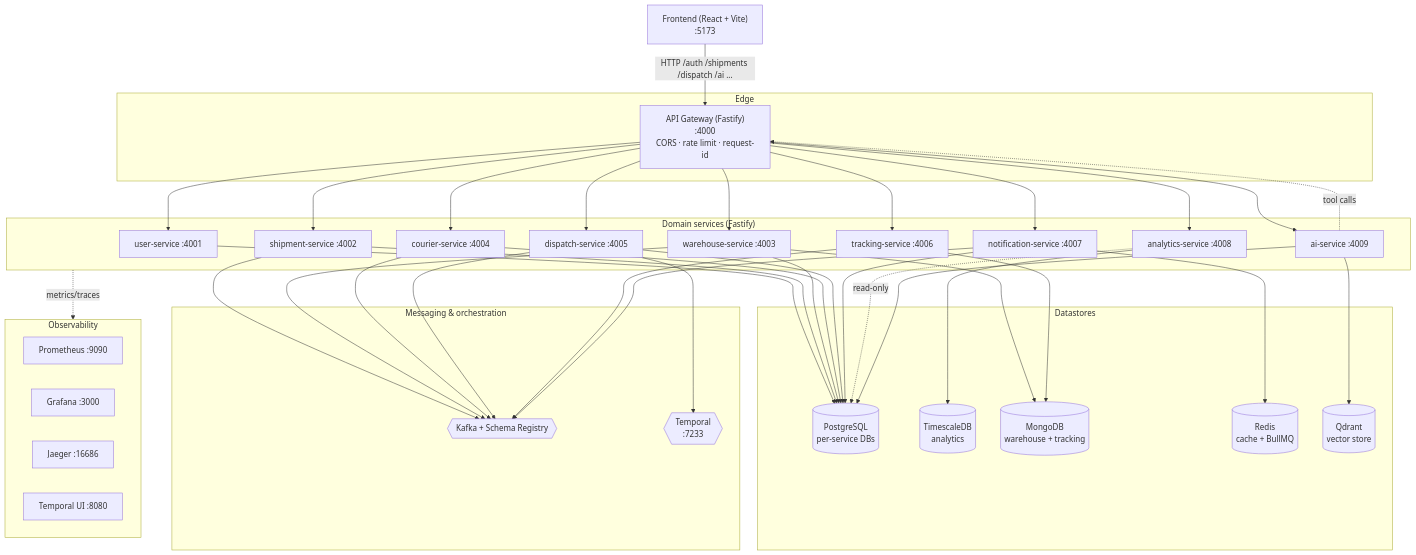
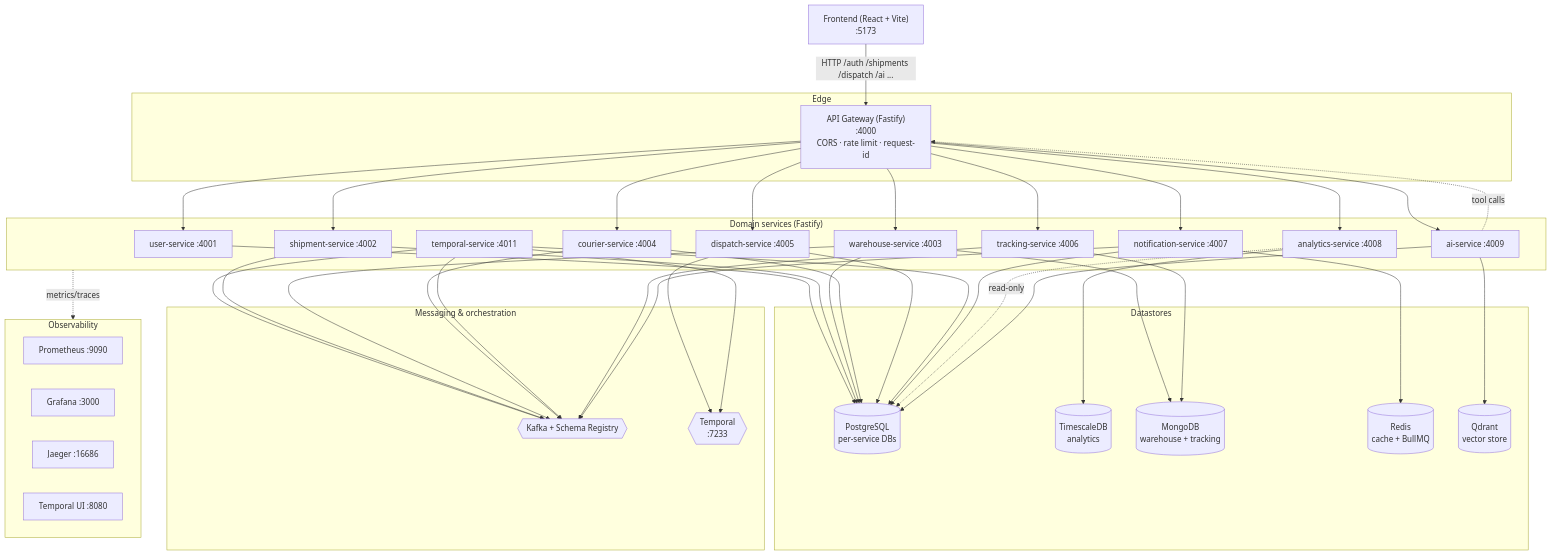
Before and after one commit to awaisaly/smart-logistics: the first of 8 diagrams in README.md, drawn with Mermaid. The commit also changed other lines of this file and 79 other files, not shown here.

First line of the commit message:
feat: extract temporal-service SAGA, UUID IDs, and RBAC hardening

````diff
--- a/README.md
+++ b/README.md
@@ -57,60 +58,62 @@
 ```mermaid
 flowchart TB
   FE["Frontend (React + Vite)\n:5173"]
 
   subgraph Edge
     GW["API Gateway (Fastify)\n:4000\nCORS · rate limit · request-id"]
   end
 
   FE -->|HTTP /auth /shipments /dispatch /ai ...| GW
 
   subgraph Services["Domain services (Fastify)"]
     US["user-service :4001"]
     SS["shipment-service :4002"]
     WS["warehouse-service :4003"]
     CS["courier-service :4004"]
     DS["dispatch-service :4005"]
+    TWS["temporal-service :4011"]
     TS["tracking-service :4006"]
     NS["notification-service :4007"]
     AN["analytics-service :4008"]
     AI["ai-service :4009"]
   end
 
   GW --> US & SS & WS & CS & DS & TS & NS & AN & AI
 
   subgraph Data["Datastores"]
     PG[("PostgreSQL\nper-service DBs")]
     TSDB[("TimescaleDB\nanalytics")]
     MG[("MongoDB\nwarehouse + tracking")]
     RD[("Redis\ncache + BullMQ")]
     QD[("Qdrant\nvector store")]
   end
 
   subgraph Platform["Messaging & orchestration"]
     KAFKA{{"Kafka + Schema Registry"}}
     TEMPORAL{{"Temporal\n:7233"}}
   end
 
   US --> PG
   SS --> PG
   WS --> PG & MG
   CS --> PG
   DS --> PG & TEMPORAL
+  TWS --> PG & TEMPORAL & KAFKA
   TS --> MG
   NS --> PG & RD
   AN --> TSDB
   AN -.read-only.-> PG
   AI --> PG & QD
   AI -.tool calls.-> GW
 
-  SS & WS & CS & DS & TS & NS --> KAFKA
+  SS & WS & CS & TWS & TS & NS --> KAFKA
 
   subgraph Obs["Observability"]
     PROM["Prometheus :9090"]
     GRAF["Grafana :3000"]
     JAEG["Jaeger :16686"]
     TUI["Temporal UI :8080"]
   end
 
   Services -.metrics/traces.-> Obs
 ```
````
